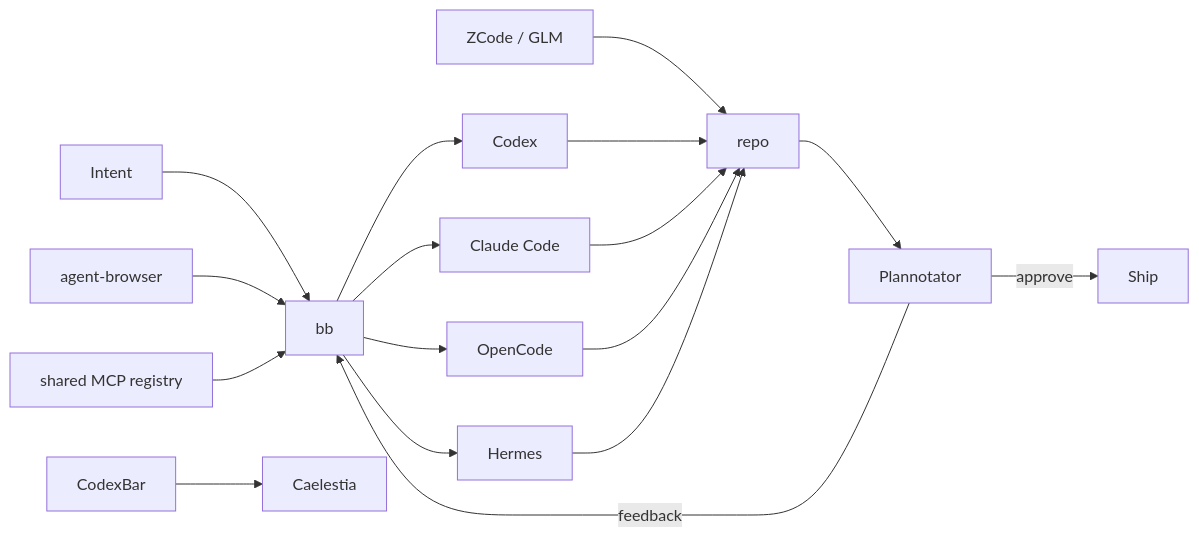
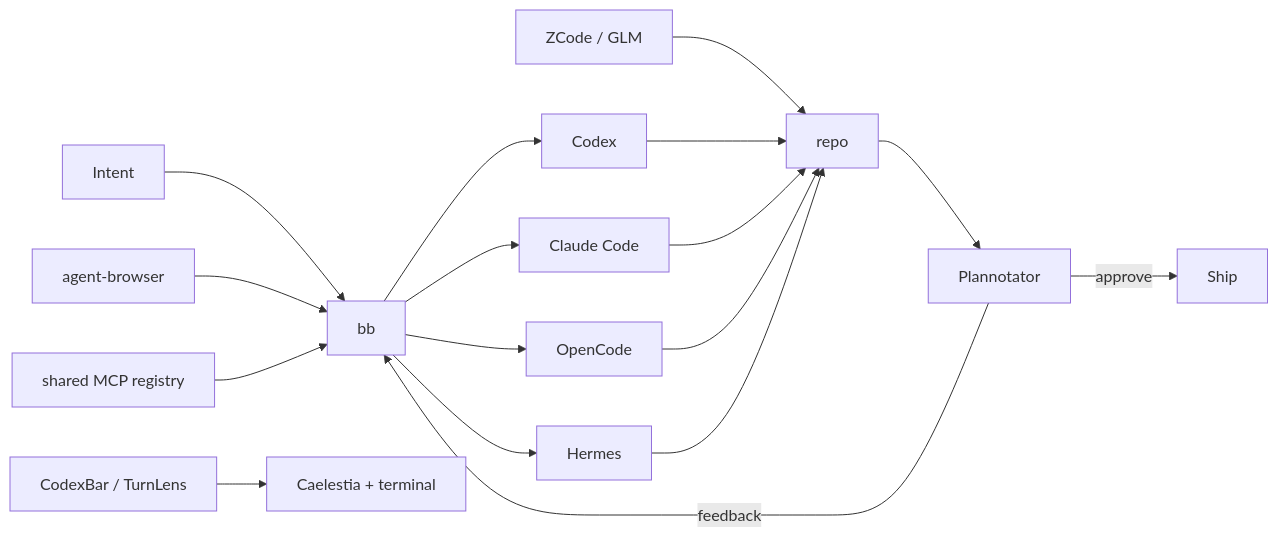
Before and after one commit to OnurByte/nix-config: the diagram in README.md, drawn with Mermaid. The commit also changed other lines of this file and 3 other files, not shown here.

````diff
--- a/README.md
+++ b/README.md
@@ -51,22 +51,22 @@
 ```mermaid
 flowchart LR
     Intent[Intent] --> BB[bb]
     BB --> Codex[Codex]
     BB --> Claude[Claude Code]
     BB --> OpenCode[OpenCode]
     BB --> Hermes[Hermes]
     GLM[ZCode / GLM] --> Work[repo]
 
     Codex --> Work
     Claude --> Work
     OpenCode --> Work
     Hermes --> Work
 
     Work --> Review[Plannotator]
     Review -->|approve| Ship[Ship]
     Review -->|feedback| BB
 
     Browser[agent-browser] --> BB
     MCP[shared MCP registry] --> BB
-    Usage[CodexBar] --> Shell[Caelestia]
+    Usage[CodexBar / TurnLens] --> Shell[Caelestia + terminal]
 ```
````
